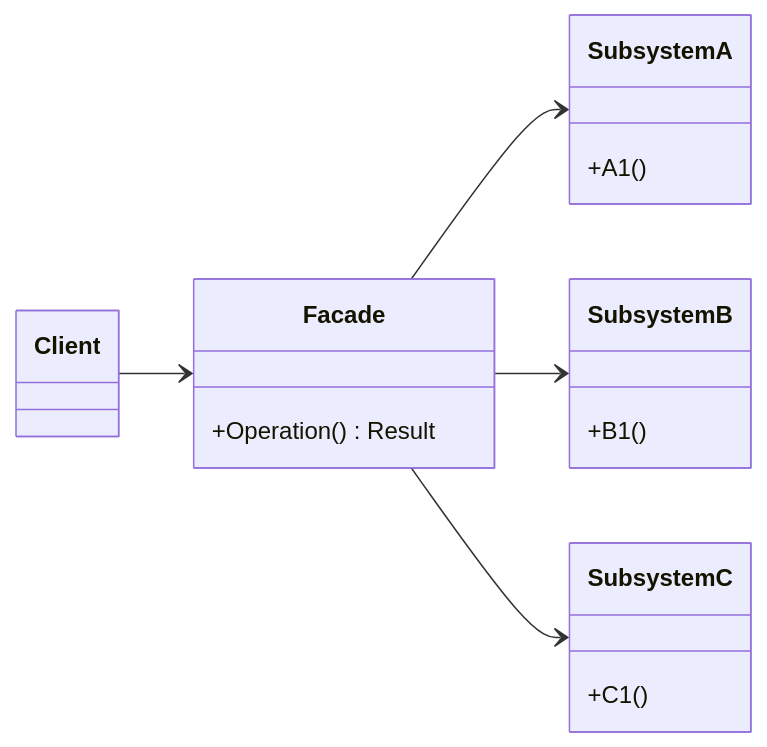
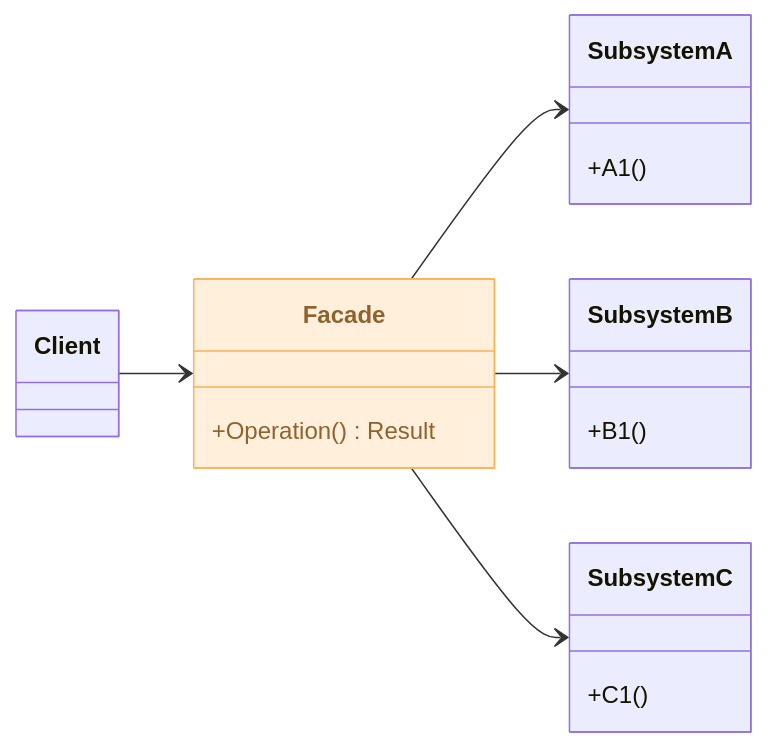
Before and after one commit to jeff-adkisson/swe-4743-spring-2026-oo-design: the seventh of 11 diagrams in presentations/07-interface-segregation-principle.md, drawn with Mermaid. The commit also changed other lines of this file, not shown here.

First line of the commit message:
Refines adapter and facade explanations

````diff
--- a/presentations/07-interface-segregation-principle.md
+++ b/presentations/07-interface-segregation-principle.md
@@ -843,25 +866,33 @@
 ```mermaid
 classDiagram
 direction LR
+    class Client {
+    }
 
-class Client
+    class Facade {
+	    +Operation() Result
+    }
 
-class Facade {
-  +Operation() Result
-}
+    class SubsystemA {
+	    +A1()
+    }
 
-class SubsystemA {
-  +A1()
-}
-class SubsystemB {
-  +B1()
-}
-class SubsystemC {
-  +C1()
-}
+    class SubsystemB {
+	    +B1()
+    }
 
-Client --> Facade
-Facade --> SubsystemA
-Facade --> SubsystemB
-Facade --> SubsystemC
+    class SubsystemC {
+	    +C1()
+    }
+
+    Client --> Facade
+    Facade --> SubsystemA
+    Facade --> SubsystemB
+    Facade --> SubsystemC
+
+	class Facade:::Peach
+
+	classDef Peach :,stroke-width:1px,stroke-dasharray:none,stroke:#FBB35A,fill:#FFEFDB,color:#8F632D,stroke-width:1px,stroke-dasharray:none,stroke:#FBB35A,fill:#FFEFDB,color:#8F632D
+	classDef Pine :,stroke-width:1px,stroke-dasharray:none,stroke:#254336,fill:#27654A,color:#FFFFFF
+	classDef Sky :,stroke-width:1px,stroke-dasharray:none,stroke:#374D7C,fill:#E2EBFF,color:#374D7C
 ```
````
